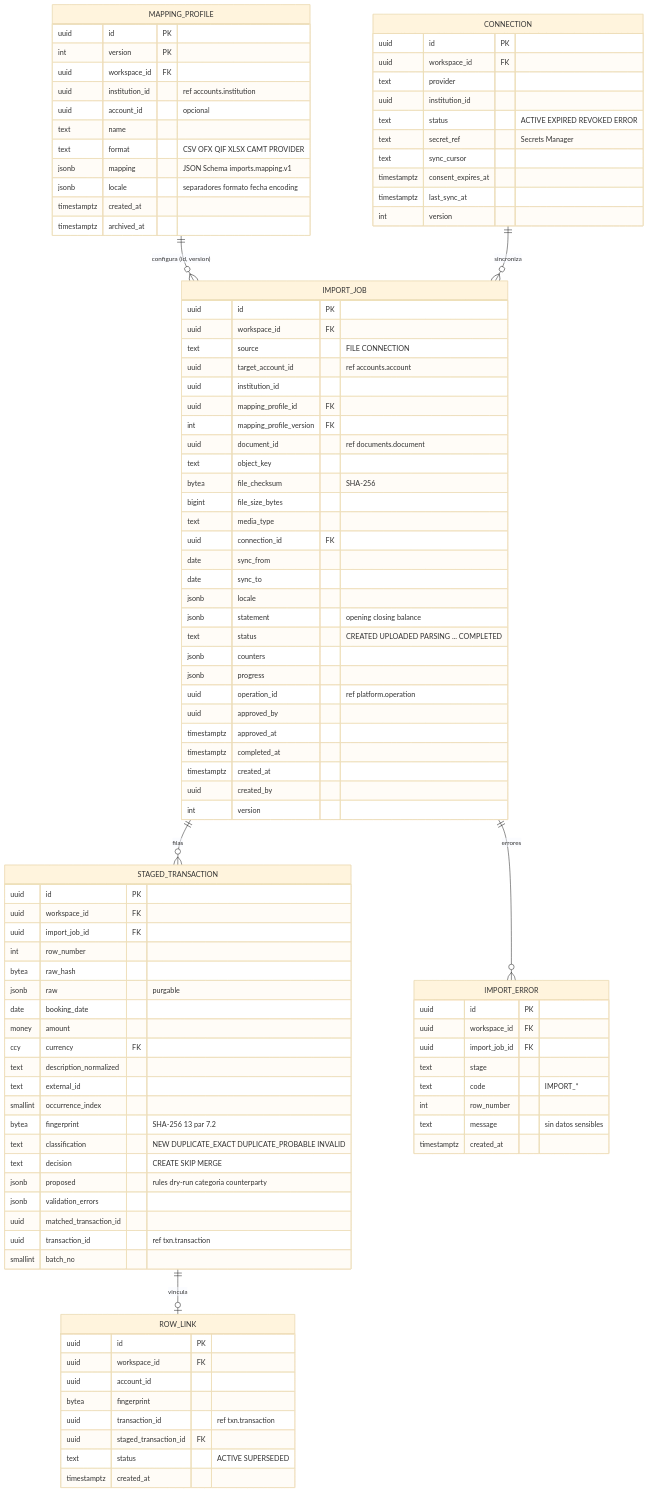
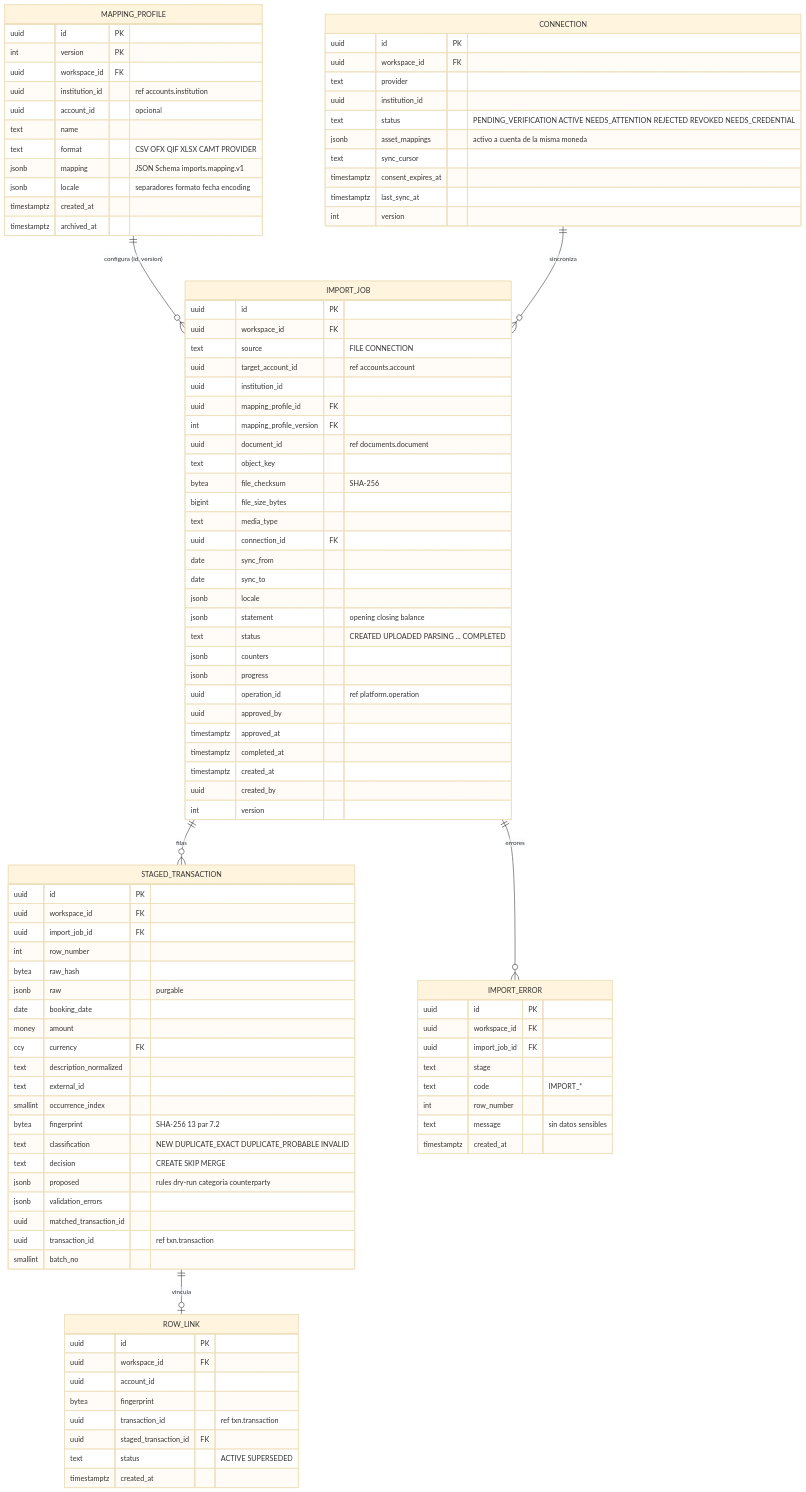
One commit to manuXD270516/personal-finances changed diagram 15 of 22 in docs/08-data-model.md. Above: the diagram before and after it, drawn with Mermaid (base theme). The commit also changed other lines of this file and 135 other files, not shown here.

```diff
--- a/docs/08-data-model.md
+++ b/docs/08-data-model.md
@@ -1557,8 +1557,8 @@
     uuid workspace_id FK
     text provider
     uuid institution_id
-    text status "ACTIVE EXPIRED REVOKED ERROR"
-    text secret_ref "Secrets Manager"
+    text status "PENDING_VERIFICATION ACTIVE NEEDS_ATTENTION REJECTED REVOKED NEEDS_CREDENTIAL"
+    jsonb asset_mappings "activo a cuenta de la misma moneda"
     text sync_cursor
     timestamptz consent_expires_at
     timestamptz last_sync_at
```
